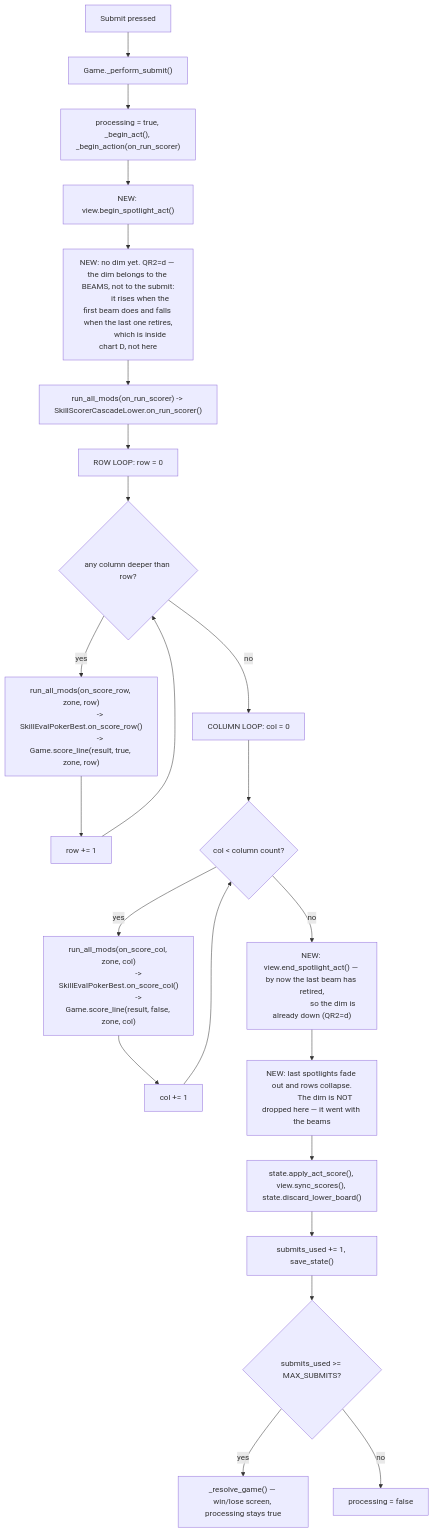
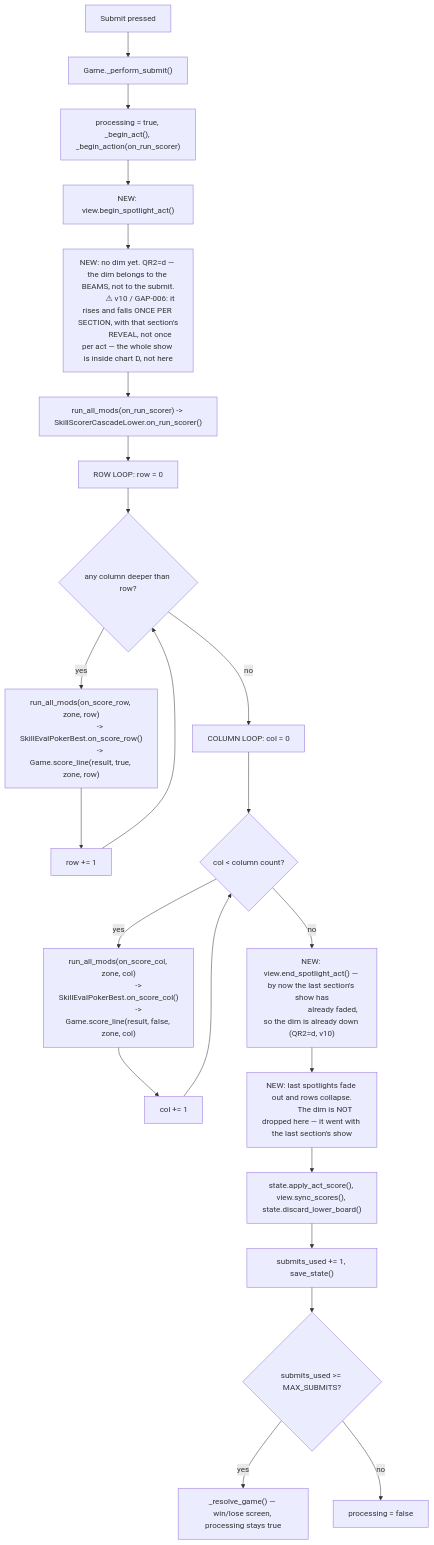
Before and after one commit to ucsdRgross/gamedev: the third of 19 diagrams in solatro/design/spotlight/DESIGN.md, drawn with Mermaid. The commit also changed other lines of this file and 38 other files, not shown here.

Commit message:
spotlight row separation and beams

````diff
--- a/solatro/design/spotlight/DESIGN.md
+++ b/solatro/design/spotlight/DESIGN.md
@@ -800,33 +1011,33 @@
 ```mermaid
 flowchart TD
   C1["Submit pressed"] --> C2["Game._perform_submit()"]
   C2 --> C3["processing = true, _begin_act(), _begin_action(on_run_scorer)"]
   C3 --> C4["NEW: view.begin_spotlight_act()"]
-  C4 --> C5["NEW: no dim yet. QR2=d — the dim belongs to the BEAMS, not to the submit:
-             it rises when the first beam does and falls when the last one retires,
-             which is inside chart D, not here"]
+  C4 --> C5["NEW: no dim yet. QR2=d — the dim belongs to the BEAMS, not to the submit.
+             ⚠ v10 / GAP-006: it rises and falls ONCE PER SECTION, with that section's
+             REVEAL, not once per act — the whole show is inside chart D, not here"]
   C5 --> C6["run_all_mods(on_run_scorer) -> SkillScorerCascadeLower.on_run_scorer()"]
   C6 --> C7["ROW LOOP: row = 0"]
   C7 --> C8{"any column deeper than row?"}
   C8 -- no --> C11["COLUMN LOOP: col = 0"]
   C8 -- yes --> C9["run_all_mods(on_score_row, zone, row)
                     -> SkillEvalPokerBest.on_score_row()
                     -> Game.score_line(result, true, zone, row)"]
   C9 --> C10["row += 1"]
   C10 --> C8
   C11 --> C12{"col < column count?"}
   C12 -- yes --> C13["run_all_mods(on_score_col, zone, col)
                      -> SkillEvalPokerBest.on_score_col()
                      -> Game.score_line(result, false, zone, col)"]
   C13 --> C14["col += 1"]
   C14 --> C12
-  C12 -- no --> C15["NEW: view.end_spotlight_act() — by now the last beam has retired,
-                      so the dim is already down (QR2=d)"]
+  C12 -- no --> C15["NEW: view.end_spotlight_act() — by now the last section's show has
+                      already faded, so the dim is already down (QR2=d, v10)"]
   C15 --> C16["NEW: last spotlights fade out and rows collapse.
-              The dim is NOT dropped here — it went with the beams"]
+              The dim is NOT dropped here — it went with the last section's show"]
   C16 --> C17["state.apply_act_score(), view.sync_scores(), state.discard_lower_board()"]
   C17 --> C18["submits_used += 1, save_state()"]
   C18 --> C19{"submits_used >= MAX_SUBMITS?"}
   C19 -- yes --> C20["_resolve_game() — win/lose screen, processing stays true"]
   C19 -- no --> C21["processing = false"]
 ```
````
